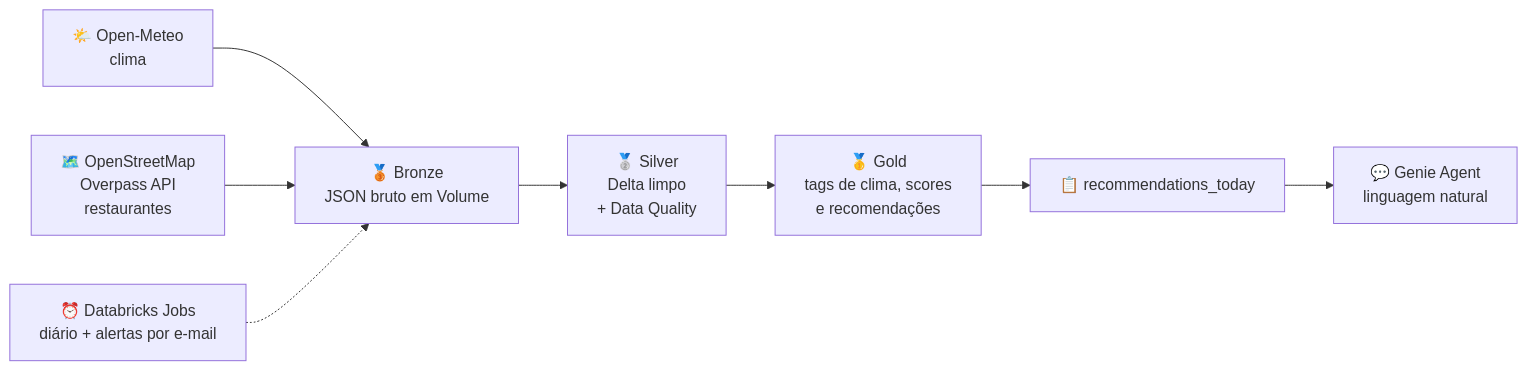
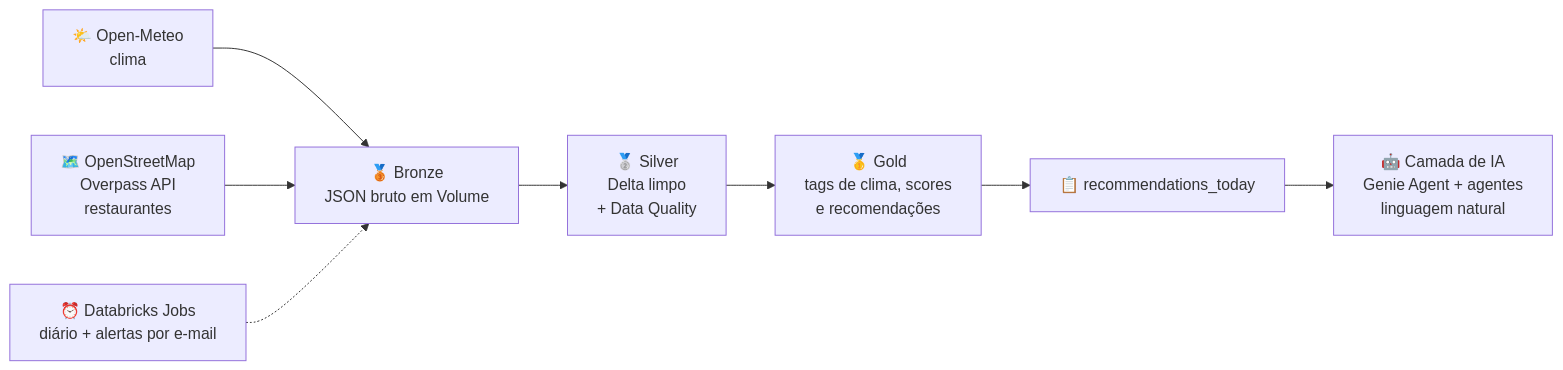
Before and after one commit to banciella/Weather-Food-Recommendation: the diagram in README.md, drawn with Mermaid. The commit also changed other lines of this file, not shown here.

````diff
--- a/README.md
+++ b/README.md
@@ -30,10 +36,10 @@
 ```mermaid
 flowchart LR
   A["🌤️ Open-Meteo<br/>clima"] --> B
   C["🗺️ OpenStreetMap<br/>Overpass API<br/>restaurantes"] --> B
   B["🥉 Bronze<br/>JSON bruto em Volume"] --> D["🥈 Silver<br/>Delta limpo<br/>+ Data Quality"]
   D --> E["🥇 Gold<br/>tags de clima, scores<br/>e recomendações"]
   E --> F["📋 recommendations_today"]
-  F --> G["💬 Genie Agent<br/>linguagem natural"]
+  F --> G["🤖 Camada de IA<br/>Genie Agent + agentes<br/>linguagem natural"]
   H["⏰ Databricks Jobs<br/>diário + alertas por e-mail"] -.-> B
 ```
````
